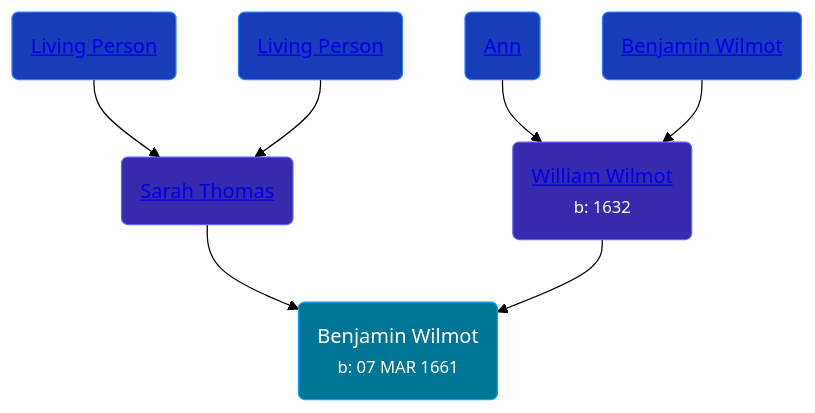
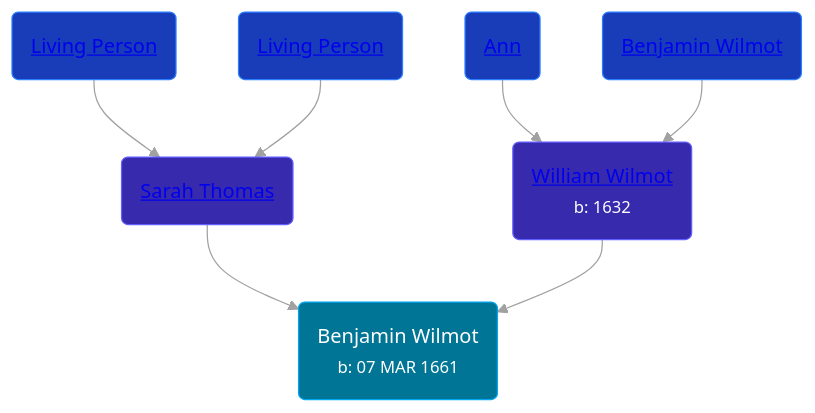
The diagram in pages/people/3/32094822.md (wpmgotkh/wpmgotkh.github.io), drawn with Mermaid (forest theme) before and after one commit. The commit also changed 950 other files, not shown here.

Commit message:
feat: better link color in graphs

````diff
--- a/pages/people/3/32094822.md
+++ b/pages/people/3/32094822.md
@@ -11,13 +11,14 @@
 ```mermaid
 graph
 classDef grands fill:#193cb8,stroke:#2b7fff,stroke-width:1px,color:#fff;
 classDef parents fill:#372aac,stroke:#615fff,stroke-width:1px,color:#fff;
 classDef primary fill:#007595,stroke:#00a6f4,stroke-width:1px,color:#fff;
 32094822(Benjamin Wilmot<br /><small>b: 07 MAR 1661</small>):::primary
 28506175(<a class="text-white" href="/people/2/28506175">Sarah Thomas</a>):::parents-->32094822
 67890576(<a class="text-white" href="/people/6/67890576">Living Person</a>):::grands-->28506175
 28214092(<a class="text-white" href="/people/2/28214092">Living Person</a>):::grands-->28506175
 47205976(<a class="text-white" href="/people/4/47205976">William Wilmot</a><br /><small>b: 1632</small>):::parents-->32094822
 3872021(<a class="text-white" href="/people/3/3872021">Ann </a>):::grands-->47205976
 61915340(<a class="text-white" href="/people/6/61915340">Benjamin Wilmot</a>):::grands-->47205976
+linkStyle default stroke:#a1a1a1
 ```
````
